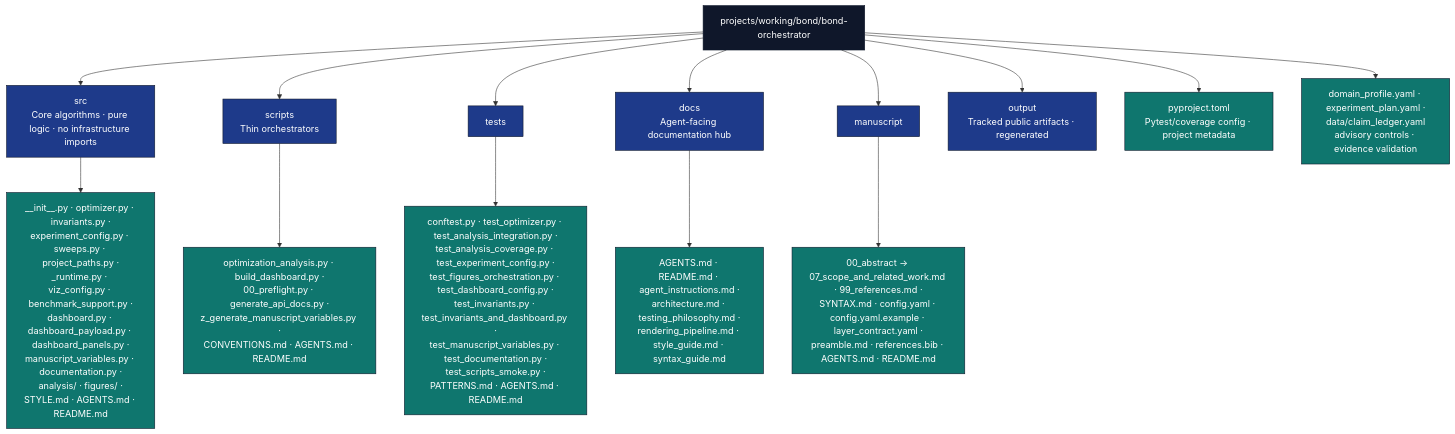
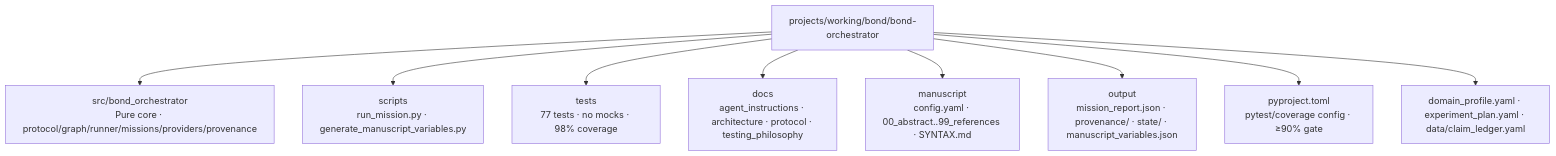
One commit to docxology/bond-orchestrator changed the diagram in AGENTS.md. Above: the diagram before and after it, drawn with Mermaid. The commit also changed other lines of this file and 1101 other files, not shown here.

First line of the commit message:
feat(bond-orchestrator): phase-1 mission DAG runner (BOND-ORCHESTRATOR, DAG 00)

````diff
--- a/AGENTS.md
+++ b/AGENTS.md
@@ -71,25 +50,12 @@
 ```mermaid
 flowchart TB
     P[projects/working/bond/bond-orchestrator]
-    P --> SRC[src<br/>Core algorithms · pure logic · no infrastructure imports]
-    P --> SC[scripts<br/>Thin orchestrators]
-    P --> T[tests]
-    P --> DOCS[docs<br/>Agent-facing documentation hub]
-    P --> M[manuscript]
-    P --> OUT[output<br/>Tracked public artifacts · regenerated]
-    P --> PY[pyproject.toml<br/>Pytest/coverage config · project metadata]
-    P --> DP[domain_profile.yaml · experiment_plan.yaml ·<br/>data/claim_ledger.yaml<br/>advisory controls · evidence validation]
-
-    SRC --> SRC_F[__init__.py · optimizer.py · invariants.py ·<br/>experiment_config.py · sweeps.py · project_paths.py ·<br/>_runtime.py · viz_config.py · benchmark_support.py ·<br/>dashboard.py · dashboard_payload.py · dashboard_panels.py ·<br/>manuscript_variables.py · documentation.py ·<br/>analysis/ · figures/ ·<br/>STYLE.md · AGENTS.md · README.md]
-    SC --> SC_F[optimization_analysis.py · build_dashboard.py ·<br/>00_preflight.py · generate_api_docs.py ·<br/>z_generate_manuscript_variables.py ·<br/>CONVENTIONS.md · AGENTS.md · README.md]
-    T --> T_F[conftest.py · test_optimizer.py · test_analysis_integration.py ·<br/>test_analysis_coverage.py · test_experiment_config.py ·<br/>test_figures_orchestration.py · test_dashboard_config.py ·<br/>test_invariants.py · test_invariants_and_dashboard.py ·<br/>test_manuscript_variables.py · test_documentation.py ·<br/>test_scripts_smoke.py ·<br/>PATTERNS.md · AGENTS.md · README.md]
-    DOCS --> DOCS_F[AGENTS.md · README.md · agent_instructions.md ·<br/>architecture.md · testing_philosophy.md ·<br/>rendering_pipeline.md · style_guide.md · syntax_guide.md]
-    M --> M_F[00_abstract → 07_scope_and_related_work.md · 99_references.md ·<br/>SYNTAX.md · config.yaml · config.yaml.example · layer_contract.yaml ·<br/>preamble.md · references.bib · AGENTS.md · README.md]
-
-    classDef d fill:#0f172a,stroke:#0f172a,color:#fff
-    classDef pkg fill:#1e3a8a,stroke:#0f172a,color:#fff
-    classDef f fill:#0f766e,stroke:#0f172a,color:#fff
-    class P d
-    class SRC,SC,T,DOCS,M,OUT pkg
-    class SRC_F,SC_F,T_F,DOCS_F,M_F,PY,DP f
+    P --> SRC[src/bond_orchestrator<br/>Pure core · protocol/graph/runner/missions/providers/provenance]
+    P --> SC[scripts<br/>run_mission.py · generate_manuscript_variables.py]
+    P --> T[tests<br/>77 tests · no mocks · 98% coverage]
+    P --> DOCS[docs<br/>agent_instructions · architecture · protocol · testing_philosophy]
+    P --> M[manuscript<br/>config.yaml · 00_abstract..99_references · SYNTAX.md]
+    P --> OUT[output<br/>mission_report.json · provenance/ · state/ · manuscript_variables.json]
+    P --> PY[pyproject.toml<br/>pytest/coverage config · ≥90% gate]
+    P --> DP[domain_profile.yaml · experiment_plan.yaml · data/claim_ledger.yaml]
 ```
````
